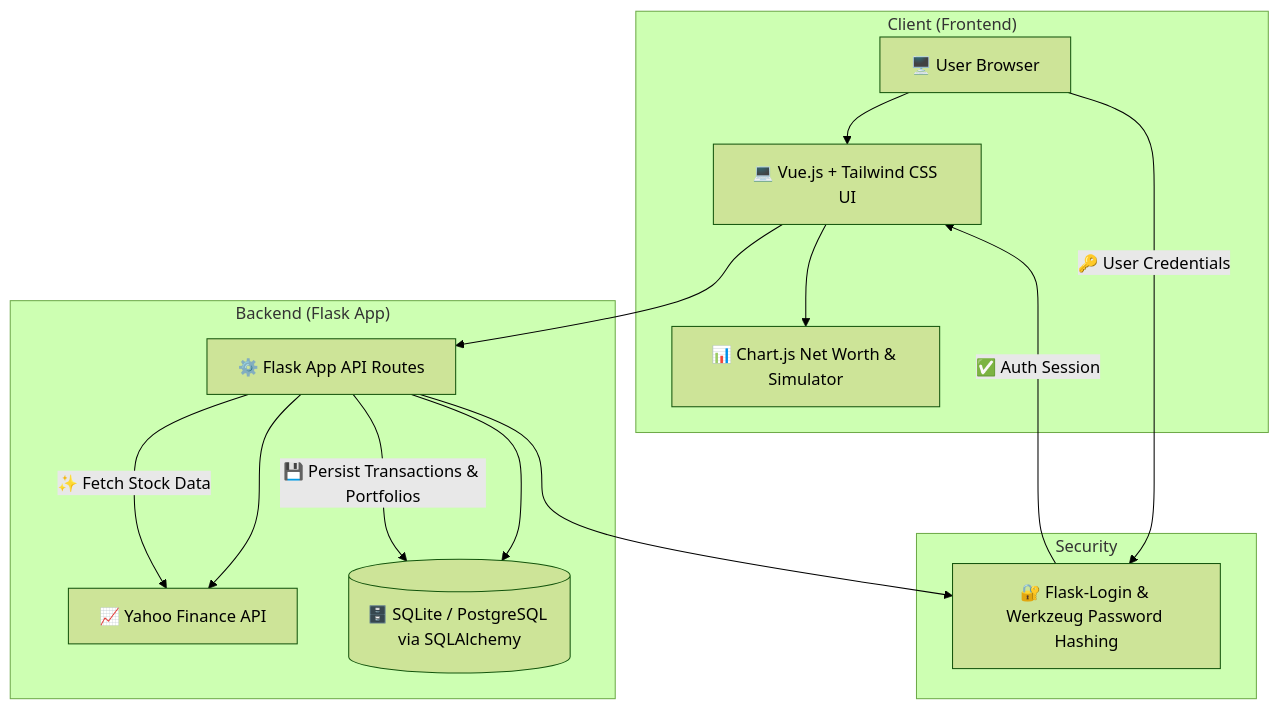
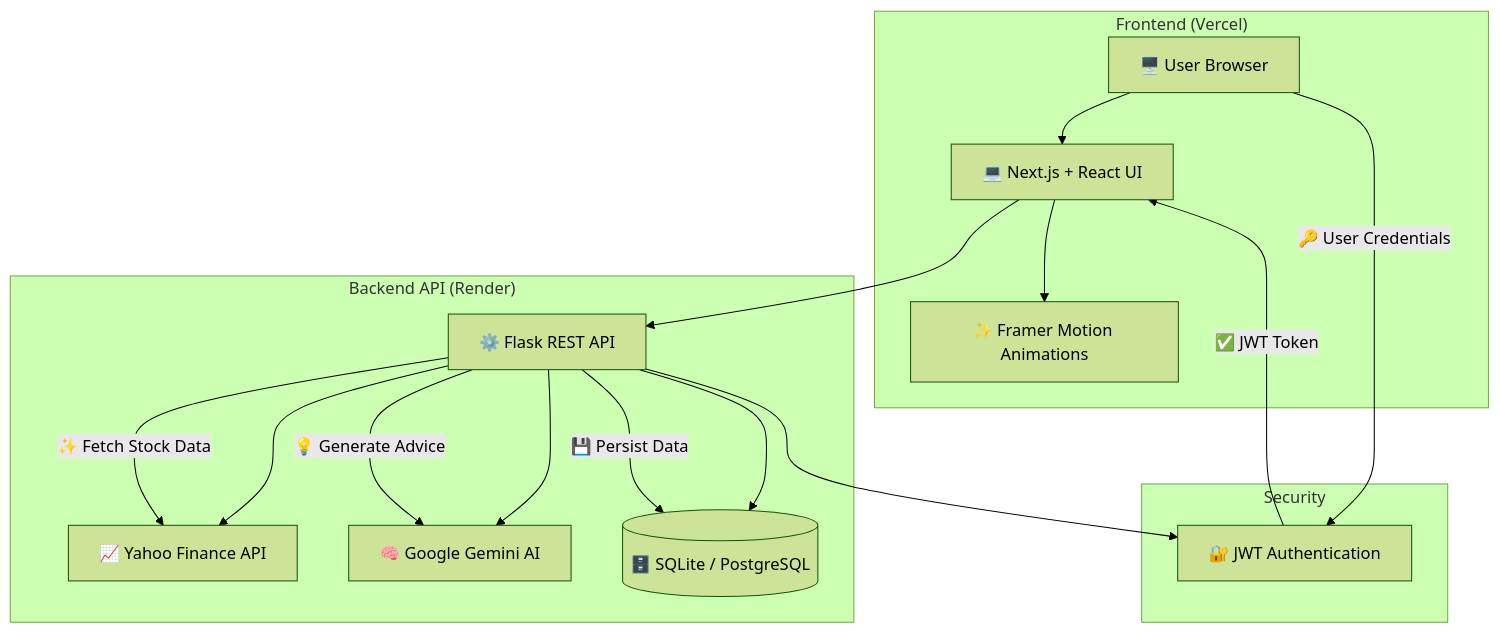
Before and after one commit to Saifan-01/IntelliVest_Project_v2: the diagram in README.md, drawn with Mermaid (forest theme). The commit also changed other lines of this file, not shown here.

Commit message:
docs: completely rewrite README for v2 split architecture and add live deploy links

````diff
--- a/README.md
+++ b/README.md
@@ -87,34 +71,36 @@
 ```mermaid
 graph TD
     %% ==============================
     %% CLIENT LAYER
     %% ==============================
-    subgraph Client ["Client (Frontend)"]
-    U[🖥️ User Browser] --> F[💻 Vue.js + Tailwind CSS UI]
-    F --> C[📊 Chart.js Net Worth & Simulator]
+    subgraph Client ["Frontend (Vercel)"]
+    U[🖥️ User Browser] --> F[💻 Next.js + React UI]
+    F --> M[✨ Framer Motion Animations]
     end
 
     %% ==============================
     %% BACKEND LAYER
     %% ==============================
-    subgraph Backend ["Backend (Flask App)"]
-    F --> API[⚙️ Flask App API Routes]
+    subgraph Backend ["Backend API (Render)"]
+    F --> API[⚙️ Flask REST API]
     API --> YF[📈 Yahoo Finance API]
-    API --> DB[(🗄️ SQLite / PostgreSQL via SQLAlchemy)]
+    API --> AI[🧠 Google Gemini AI]
+    API --> DB[(🗄️ SQLite / PostgreSQL)]
     end
 
     %% ==============================
     %% SECURITY & AUTH
     %% ==============================
     subgraph Auth ["Security"]
-    API --> SEC[🔐 Flask-Login & Werkzeug Password Hashing]
+    API --> SEC[🔐 JWT Authentication]
     end
 
     %% ==============================
     %% FLOWS
     %% ==============================
     U -->|🔑 User Credentials| SEC
-    SEC -->|✅ Auth Session| F
+    SEC -->|✅ JWT Token| F
     API -->|✨ Fetch Stock Data| YF
-    API -->|💾 Persist Transactions & Portfolios| DB
+    API -->|💡 Generate Advice| AI
+    API -->|💾 Persist Data| DB
 ```
````
